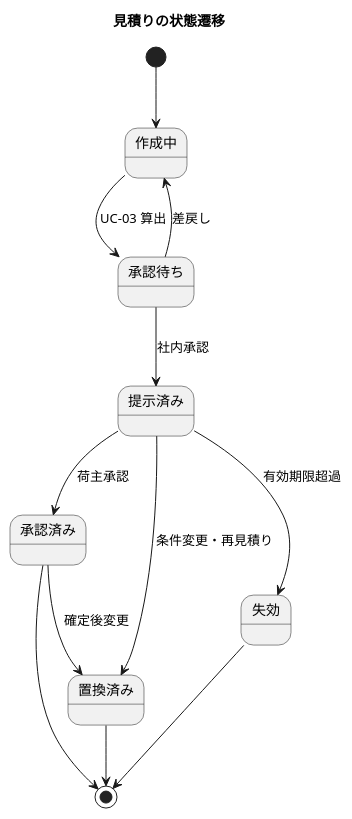
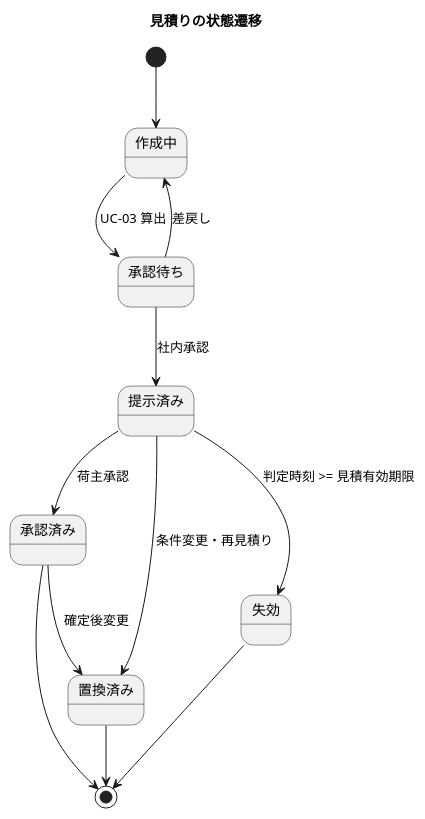
One commit to k2works/practical-domain-driven-design-in-enterpris-application changed the ninth of 12 diagrams in docs/requirements/cargo-tracker/requirements_definition.md. Above: the diagram before and after it, drawn with PlantUML. The commit also changed other lines of this file and 10 other files, not shown here.

````diff
--- a/docs/requirements/cargo-tracker/requirements_definition.md
+++ b/docs/requirements/cargo-tracker/requirements_definition.md
@@ -615,16 +627,16 @@
 ```plantuml
 @startuml
 title 見積りの状態遷移
 [*] --> 作成中
 作成中 --> 承認待ち : UC-03 算出
 承認待ち --> 提示済み : 社内承認
 承認待ち --> 作成中 : 差戻し
 提示済み --> 承認済み : 荷主承認
-提示済み --> 失効 : 有効期限超過
+提示済み --> 失効 : 判定時刻 >= 見積有効期限
 提示済み --> 置換済み : 条件変更・再見積り
 承認済み --> 置換済み : 確定後変更
 失効 --> [*]
 置換済み --> [*]
 承認済み --> [*]
 @enduml
 ```
````
